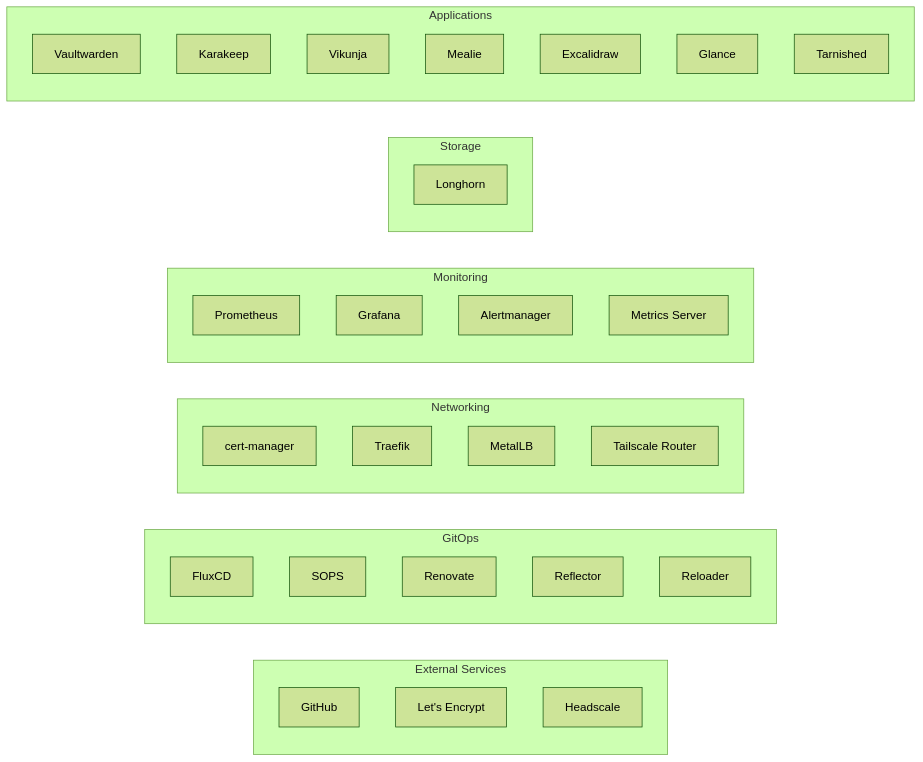
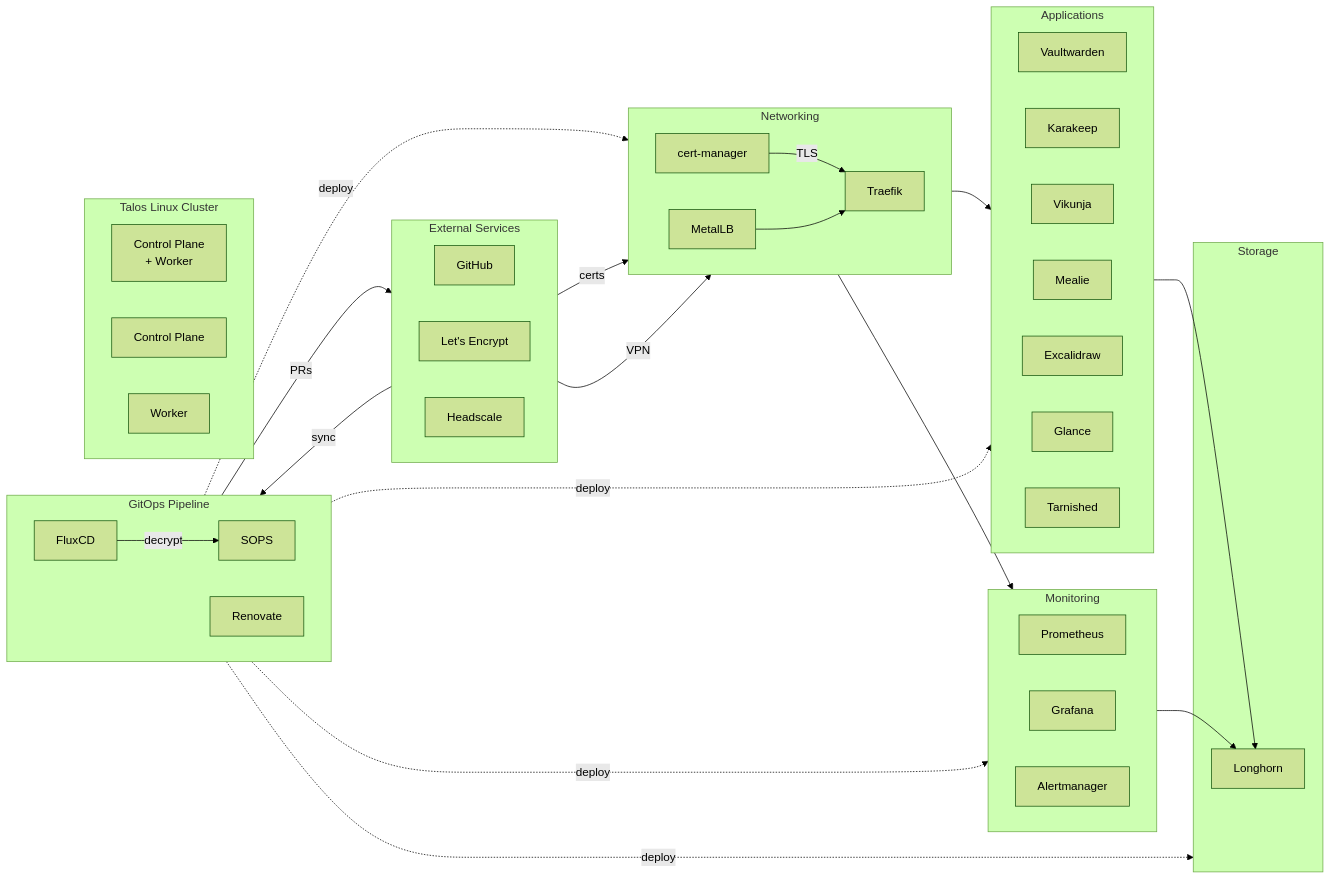
One commit to markoonakic/homelab changed the diagram in README.md. Above: the diagram before and after it, drawn with Mermaid (forest theme).

Commit message:
Simplify README diagram: back to basics with default styling, clean LR layout, only essential components

````diff
--- a/README.md
+++ b/README.md
@@ -15,45 +15,68 @@
 ```mermaid
 flowchart LR
-
     subgraph external["External Services"]
+        direction LR
         github[GitHub]
         letsencrypt[Let's Encrypt]
         headscale[Headscale]
     end
 
-    subgraph gitops["GitOps"]
+    subgraph gitops["GitOps Pipeline"]
+        direction LR
         flux[FluxCD]
         sops[SOPS]
         renovate[Renovate]
-        reflector[Reflector]
-        reloader[Reloader]
     end
 
     subgraph net["Networking"]
+        direction LR
         certmanager[cert-manager]
         traefik[Traefik]
         metallb[MetalLB]
-        tailscale[Tailscale Router]
-    end
-
-    subgraph mon["Monitoring"]
-        prometheus[Prometheus]
-        grafana[Grafana]
-        alertmanager[Alertmanager]
-        metrics[Metrics Server]
-    end
-
-    subgraph stor["Storage"]
-        longhorn[Longhorn]
     end
 
     subgraph apps["Applications"]
+        direction LR
         vaultwarden[Vaultwarden]
         karakeep[Karakeep]
         vikunja[Vikunja]
         mealie[Mealie]
         excalidraw[Excalidraw]
         glance[Glance]
         tarnished[Tarnished]
     end
+
+    subgraph mon["Monitoring"]
+        direction LR
+        prometheus[Prometheus]
+        grafana[Grafana]
+        alertmanager[Alertmanager]
+    end
+
+    subgraph stor["Storage"]
+        longhorn[Longhorn]
+    end
+
+    subgraph infra["Talos Linux Cluster"]
+        direction LR
+        node1[Control Plane<br/>+ Worker]
+        node2[Control Plane]
+        node3[Worker]
+    end
+
+    renovate -->|PRs| github
+    github -->|sync| flux
+    flux -->|decrypt| sops
+    flux -.->|deploy| net
+    flux -.->|deploy| apps
+    flux -.->|deploy| mon
+    flux -.->|deploy| stor
+    letsencrypt -->|certs| certmanager
+    certmanager -->|TLS| traefik
+    headscale -->|VPN| traefik
+    metallb --> traefik
+    traefik --> apps
+    traefik --> mon
+    apps --> longhorn
+    mon --> longhorn
 ```
````
